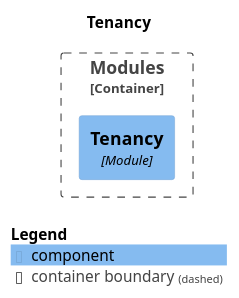
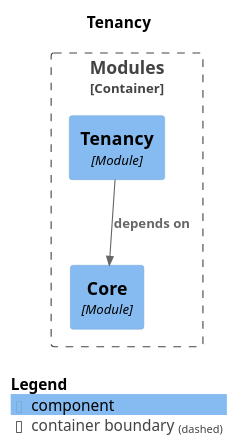
Before and after one commit to aliemrahpekesen/eKingProducitivtyMeter: the diagram in docs/architecture/generated/modulith/module-tenancy.puml, drawn with PlantUML. The commit also changed 3 other files, not shown here.

Commit message:
docs(architecture): regenerate Modulith diagrams for the admin ports [TASK-0018]

```diff
--- a/docs/architecture/generated/modulith/module-tenancy.puml
+++ b/docs/architecture/generated/modulith/module-tenancy.puml
@@ -1,17 +1,19 @@
 @startuml
 set separator none
 title Tenancy
 
 top to bottom direction
 
 !include <C4/C4>
 !include <C4/C4_Context>
 !include <C4/C4_Component>
 
 Container_Boundary("Modules.Modules_boundary", "Modules", $tags="") {
+  Component(Modules.Modules.Core, "Core", $techn="Module", $descr="", $tags="", $link="")
   Component(Modules.Modules.Tenancy, "Tenancy", $techn="Module", $descr="", $tags="", $link="")
 }
 
+Rel(Modules.Modules.Tenancy, Modules.Modules.Core, "depends on", $techn="", $tags="", $link="")
 
 SHOW_LEGEND(true)
 @enduml
```
